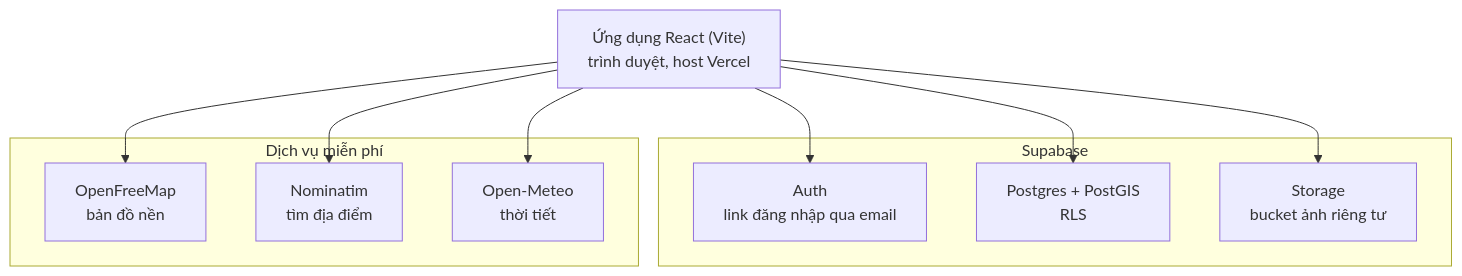
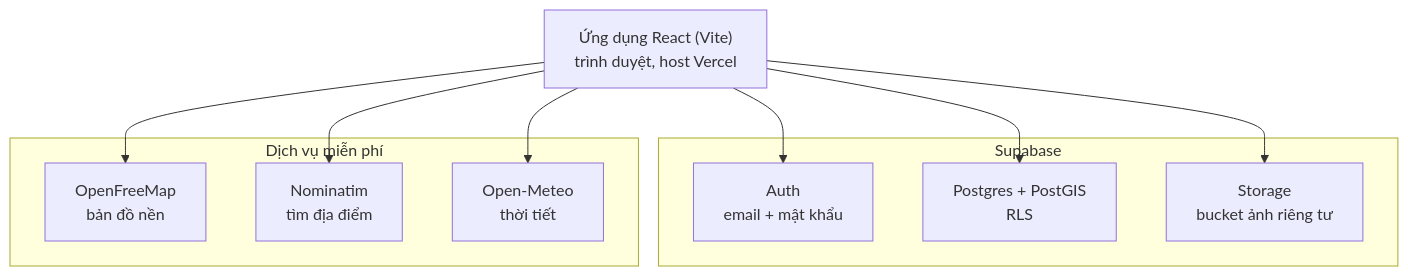
Before and after one commit to chuvoddolyhood/hanh-trinh: the diagram in hanh-trinh-context/docs/PLAN.md, drawn with Mermaid. The commit also changed other lines of this file and 22 other files, not shown here.

````diff
--- a/hanh-trinh-context/docs/PLAN.md
+++ b/hanh-trinh-context/docs/PLAN.md
@@ -18,20 +18,20 @@
 ```mermaid
 flowchart TD
   A["Ứng dụng React (Vite)<br/>trình duyệt, host Vercel"]
   subgraph S["Supabase"]
-    AU["Auth<br/>link đăng nhập qua email"]
+    AU["Auth<br/>email + mật khẩu"]
     DB["Postgres + PostGIS<br/>RLS"]
     ST["Storage<br/>bucket ảnh riêng tư"]
   end
   subgraph E["Dịch vụ miễn phí"]
     M["OpenFreeMap<br/>bản đồ nền"]
     N["Nominatim<br/>tìm địa điểm"]
     W["Open-Meteo<br/>thời tiết"]
   end
   A --> AU
   A --> DB
   A --> ST
   A --> M
   A --> N
   A --> W
 ```
````
